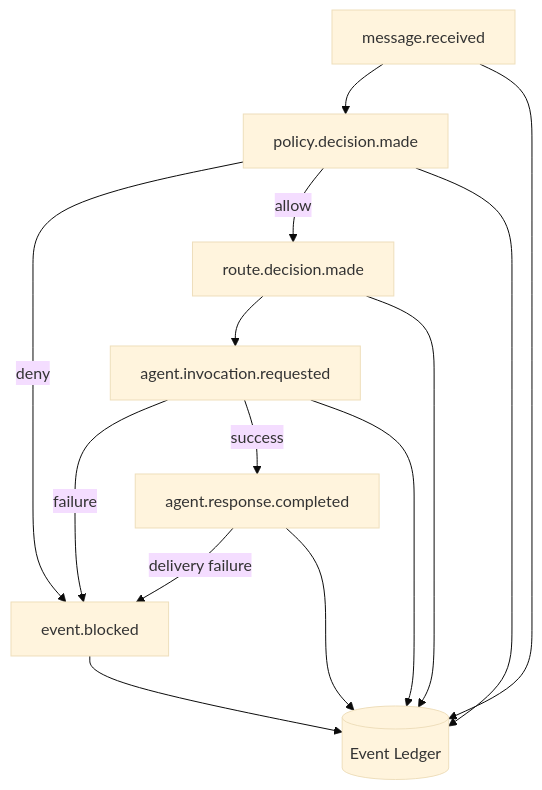
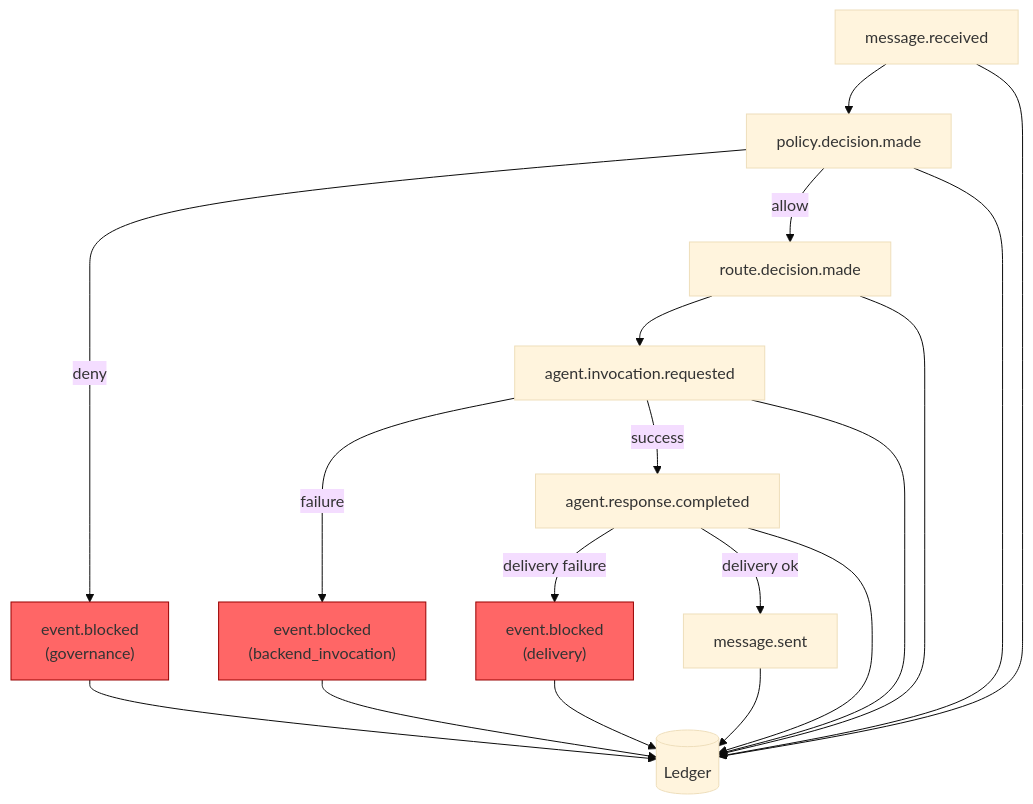
One commit to ChatAgentRelay/ChatAgentRelay changed the fifth of 12 diagrams in docs/architecture.md. Above: the diagram before and after it, drawn with Mermaid (base theme). The commit also changed other lines of this file and 77 other files, not shown here.

````diff
--- a/docs/architecture.md
+++ b/docs/architecture.md
@@ -160,24 +226,18 @@
 ```mermaid
 flowchart TD
-  MR["message.received"]
-  PD["policy.decision.made"]
-  RD["route.decision.made"]
-  AI["agent.invocation.requested"]
-  AR["agent.response.completed"]
-  EB["event.blocked"]
-  L[("Event Ledger")]
+  MR["message.received"] --> PD["policy.decision.made"]
+  PD -->|deny| EB1["event.blocked\n(governance)"]
+  PD -->|allow| RD["route.decision.made"]
+  RD --> AI["agent.invocation.requested"]
+  AI -->|failure| EB2["event.blocked\n(backend_invocation)"]
+  AI -->|success| AR["agent.response.completed"]
+  AR -->|delivery failure| EB3["event.blocked\n(delivery)"]
+  AR -->|delivery ok| MS["message.sent"]
 
-  MR --> PD
-  PD -->|"deny"| EB
-  PD -->|"allow"| RD
-  RD --> AI
-  AI -->|"failure"| EB
-  AI -->|"success"| AR
-  AR -->|"delivery failure"| EB
-  MR --> L
-  PD --> L
-  RD --> L
-  AI --> L
-  AR --> L
-  EB --> L
+  MR & PD & RD & AI & AR & MS --> L[("Ledger")]
+  EB1 & EB2 & EB3 --> L
+
+  style EB1 fill:#f66,stroke:#900
+  style EB2 fill:#f66,stroke:#900
+  style EB3 fill:#f66,stroke:#900
 ```
````
